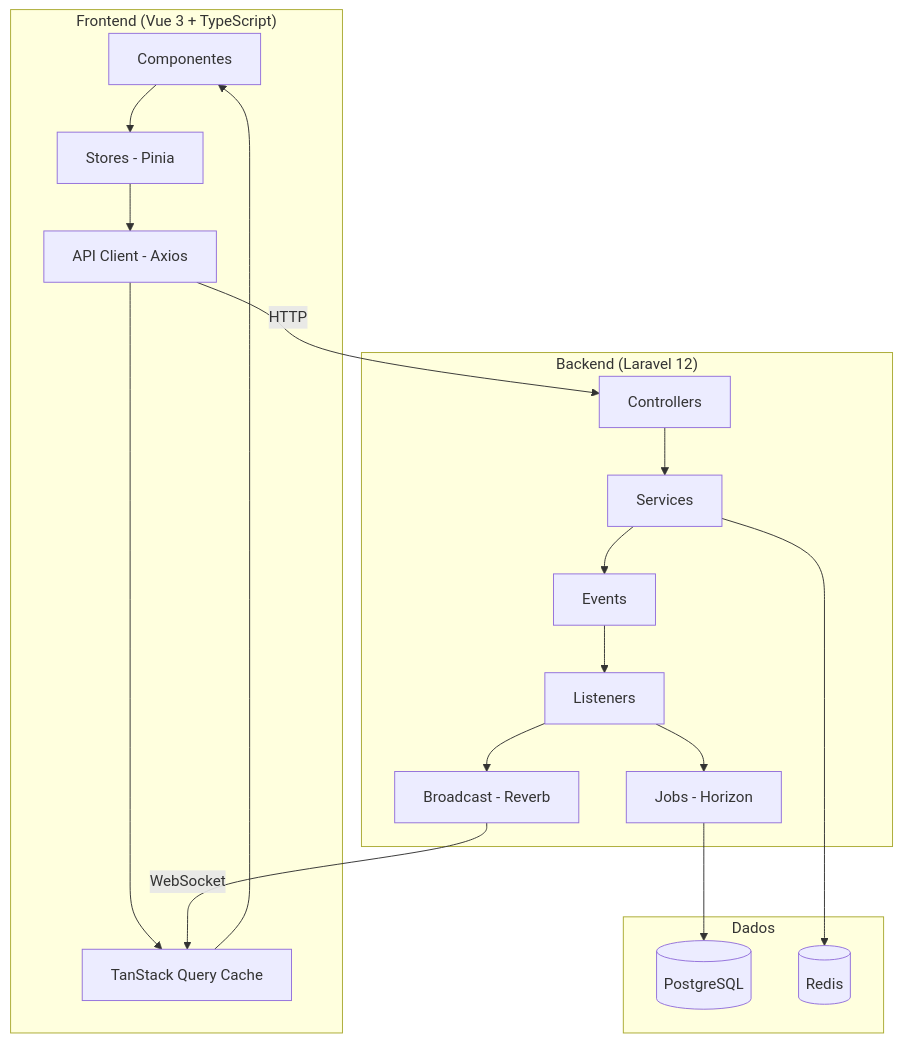
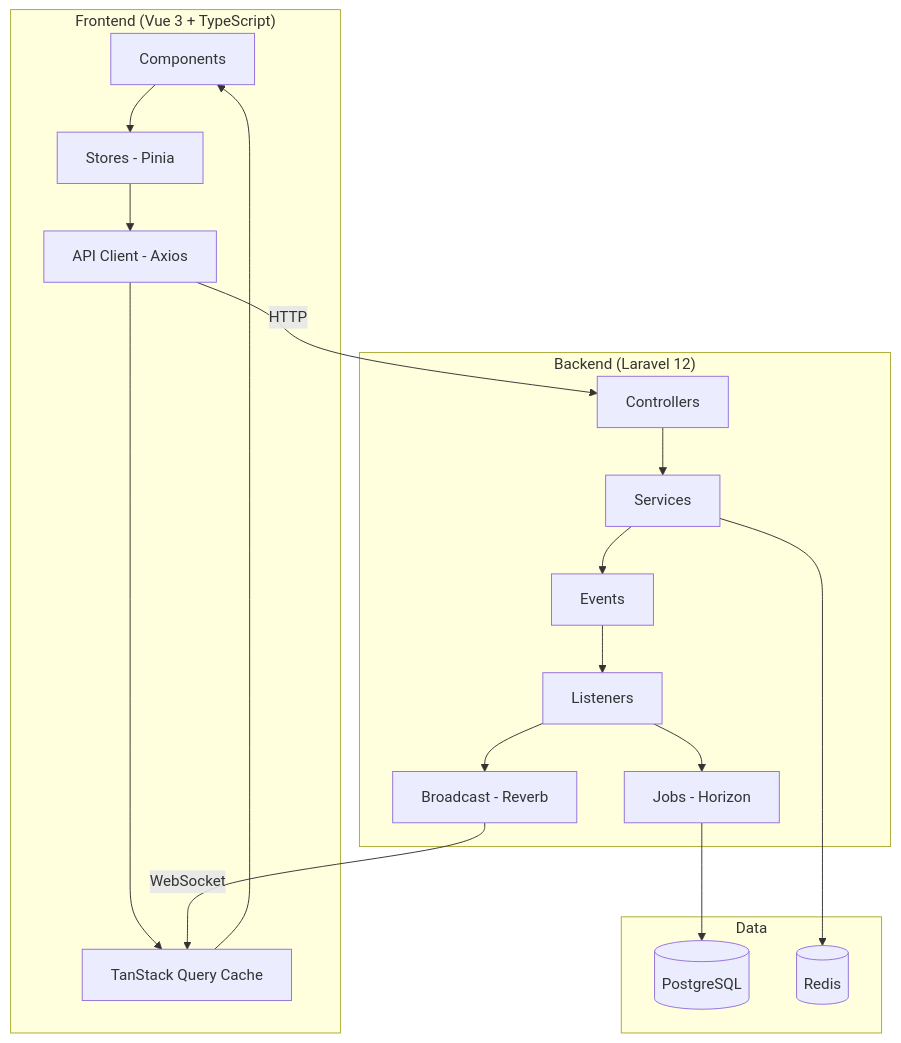
Before and after one commit to hatanaca/studyStackPro: the diagram in README.md, drawn with Mermaid. The commit also changed other lines of this file and 308 other files, not shown here.

````diff
--- a/README.md
+++ b/README.md
@@ -62,27 +62,27 @@
 ```mermaid
 graph TB
     subgraph Frontend["Frontend (Vue 3 + TypeScript)"]
-        A[Componentes] --> B[Stores - Pinia]
+        A[Components] --> B[Stores - Pinia]
         B --> C[API Client - Axios]
         C --> D[TanStack Query Cache]
     end
 
     subgraph Backend["Backend (Laravel 12)"]
         E[Controllers] --> F[Services]
         F --> G[Events]
         G --> H[Listeners]
         H --> I[Jobs - Horizon]
         H --> J[Broadcast - Reverb]
     end
 
-    subgraph Data["Dados"]
+    subgraph Data["Data"]
         K[(PostgreSQL)]
         L[(Redis)]
     end
 
     C -->|HTTP| E
     I --> K
     F --> L
     J -->|WebSocket| D
     D --> A
 ```
````
